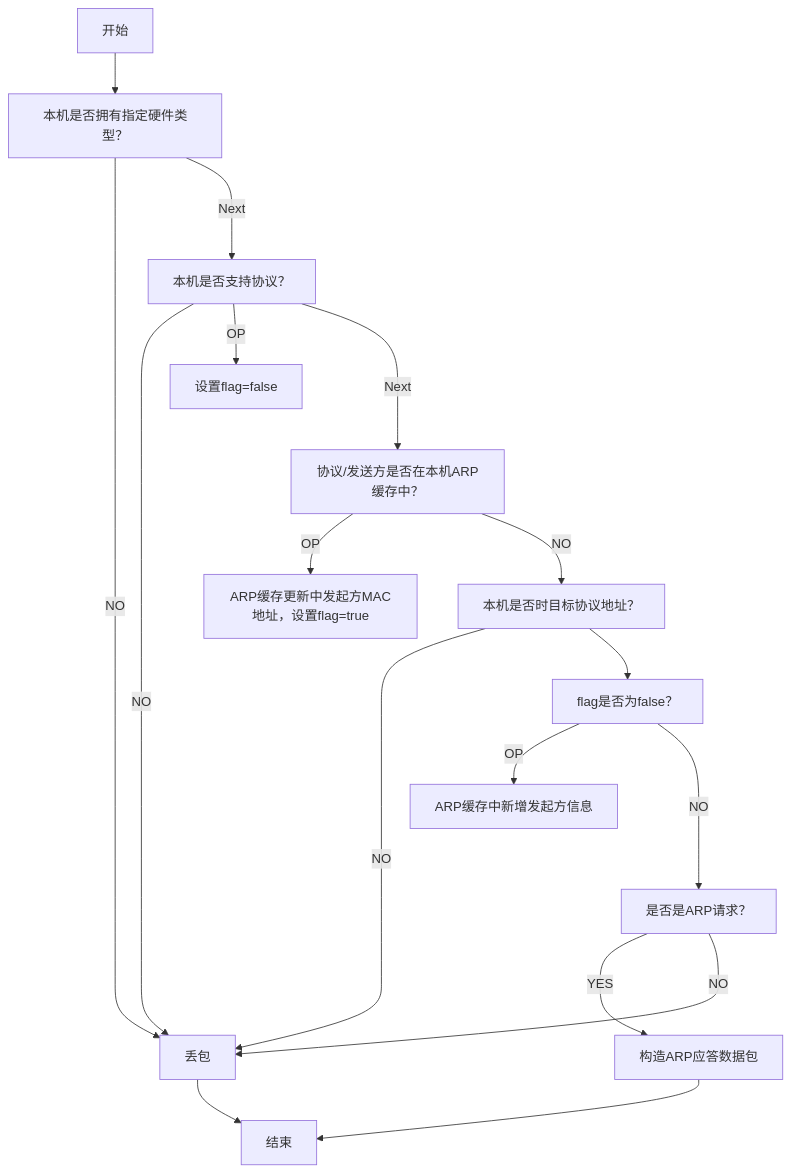
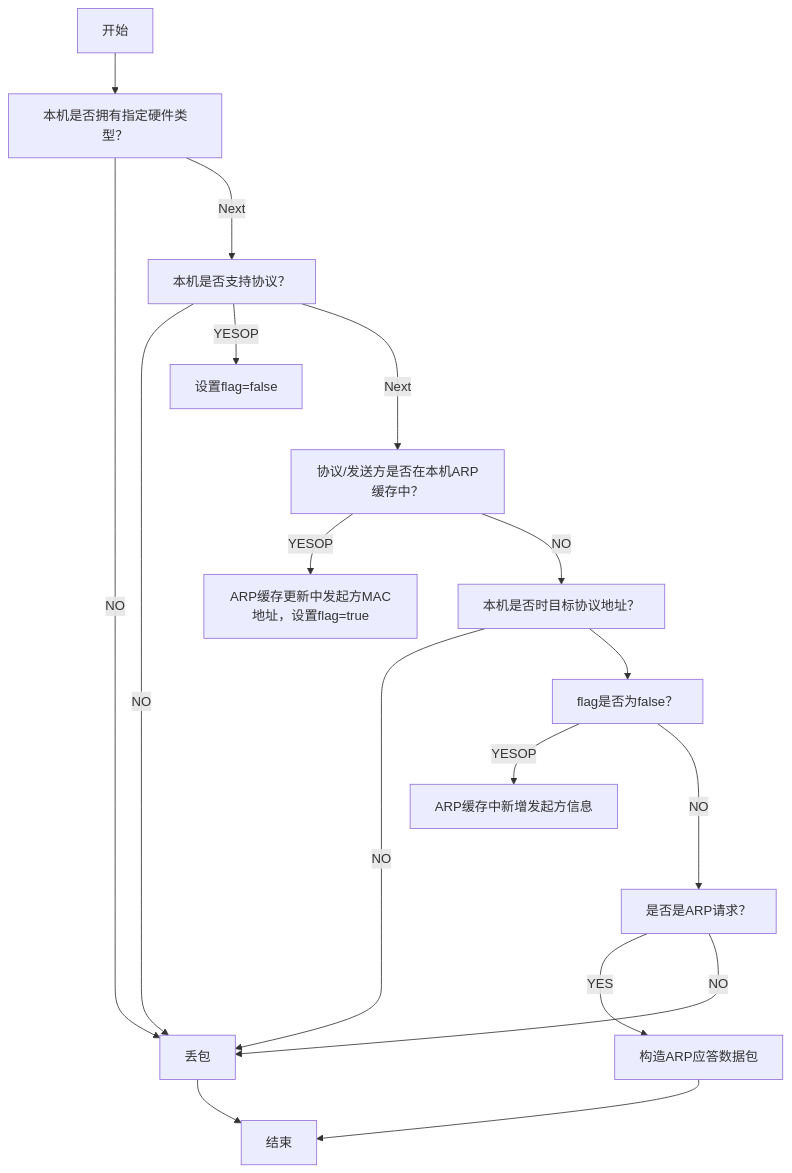
One commit to willmao/blog changed the second of 3 diagrams in source/_posts/arp-and-rarp-protocol.md. Above: the diagram before and after it, drawn with Mermaid. The commit also changed other lines of this file, not shown here.

````diff
--- a/source/_posts/arp-and-rarp-protocol.md
+++ b/source/_posts/arp-and-rarp-protocol.md
@@ -61,41 +61,41 @@
 ```mermaid
 flowchart
     start[开始]
     check_hardware_type[本机是否拥有指定硬件类型？]
     check_protocol[本机是否支持协议？]
     check_arp_cache[协议/发送方是否在本机ARP缓存中？]
     check_dest_address[本机是否时目标协议地址？]
     check_flag[flag是否为false？]
     check_opcode[是否是ARP请求？]
 
     discard[丢包]
     set_flag_false[设置flag=false]
     update_arp_cache[ARP缓存更新中发起方MAC地址，设置flag=true]
     add_arp_cache[ARP缓存中新增发起方信息]
     generate_arp_reply[构造ARP应答数据包]
 
     start--> check_hardware_type
     check_hardware_type -- NO ---> discard
     check_hardware_type -- Next ---> check_protocol
 
     check_protocol -- NO --> discard
-    check_protocol -- OP --> set_flag_false
+    check_protocol -- YESOP --> set_flag_false
     check_protocol -- Next ---> check_arp_cache
 
-    check_arp_cache -- OP --> update_arp_cache
+    check_arp_cache -- YESOP --> update_arp_cache
     check_arp_cache -- NO --> check_dest_address
 
     check_dest_address -- NO ---> discard
     check_dest_address --> check_flag
 
-    check_flag -- OP --> add_arp_cache
+    check_flag -- YESOP --> add_arp_cache
     check_flag -- NO ---> check_opcode
 
     check_opcode -- YES --> generate_arp_reply
     check_opcode -- NO ---> discard
 
     generate_arp_reply --> ending
     discard --> ending
 
     ending[结束]
 ```
````
